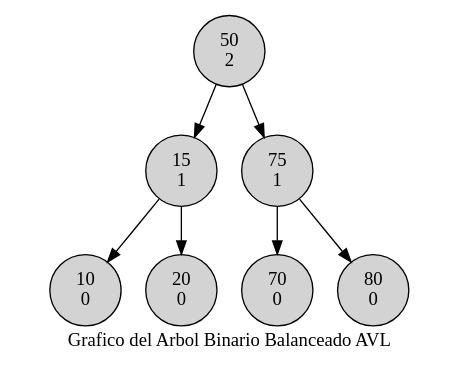
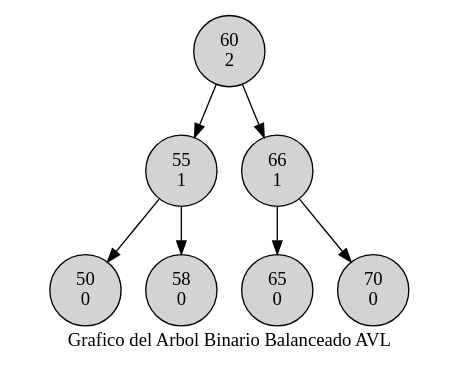
Before and after one commit to av-edson/EDD-Estructuras: the diagram in estructuras/Resultado/GraficaArbol.dot, drawn with Graphviz. The commit also changed 2 other files, not shown here.

```diff
--- a/estructuras/Resultado/GraficaArbol.dot
+++ b/estructuras/Resultado/GraficaArbol.dot
@@ -1,23 +1,23 @@
 digraph D{
 node [shape=circle style=filled ] 
 label= " Grafico del Arbol Binario Balanceado AVL " 
-"50
-2" -> "15
+"60
+2" -> "55
 1" 
-"15
-1" -> "10
+"55
+1" -> "50
 0" 
-"15
-1" -> "20
+"55
+1" -> "58
 0" 
-"50
-2" -> "75
+"60
+2" -> "66
 1" 
-"75
+"66
+1" -> "65
+0" 
+"66
 1" -> "70
-0" 
-"75
-1" -> "80
 0" 
 
 }
```
